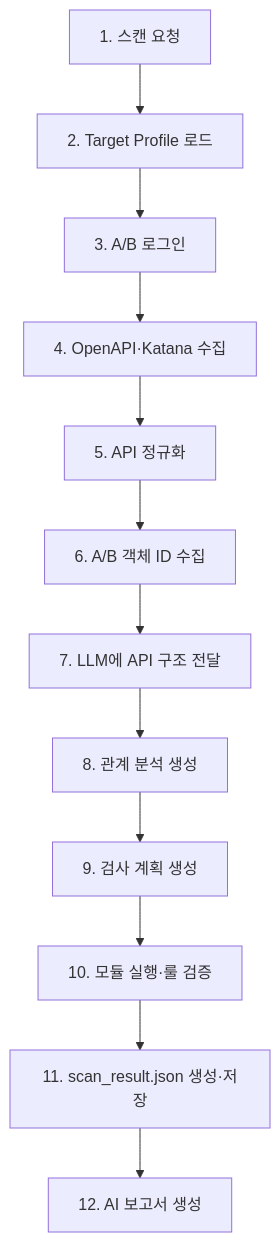
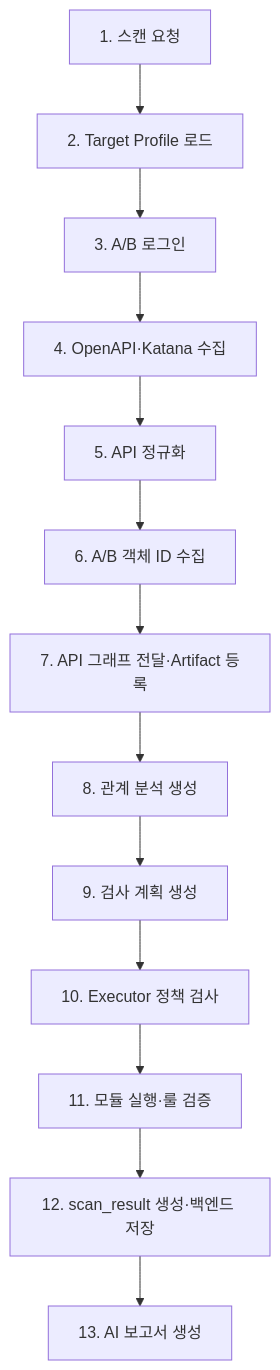
The diagram in docs/스캐너 명세서.md (h-gunp/api-vuln-scanner), drawn with Mermaid before and after one commit. The commit also changed other lines of this file and 7 other files, not shown here.

````diff
--- a/docs/스캐너 명세서.md
+++ b/docs/스캐너 명세서.md
@@ -13,14 +14,15 @@
 ```mermaid
 flowchart TD
     A[1. 스캔 요청] --> B[2. Target Profile 로드]
     B --> C[3. A/B 로그인]
     C --> D[4. OpenAPI·Katana 수집]
     D --> E[5. API 정규화]
     E --> F[6. A/B 객체 ID 수집]
-    F --> G[7. LLM에 API 구조 전달]
+    F --> G[7. API 그래프 전달·Artifact 등록]
     G --> H[8. 관계 분석 생성]
     H --> I[9. 검사 계획 생성]
-    I --> J[10. 모듈 실행·룰 검증]
-    J --> K[11. scan_result.json 생성·저장]
-    K --> L[12. AI 보고서 생성]
+    I --> J[10. Executor 정책 검사]
+    J --> K[11. 모듈 실행·룰 검증]
+    K --> L[12. scan_result 생성·백엔드 저장]
+    L --> M[13. AI 보고서 생성]
 ```
````
